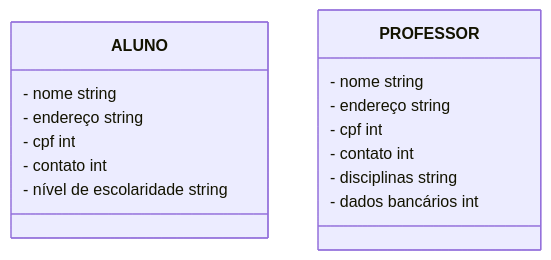
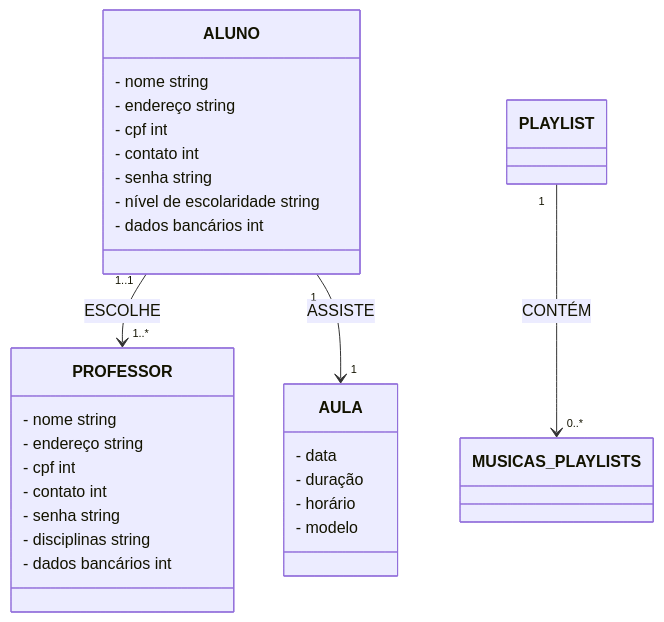
The diagram in README.md (iagorosa28/eng_software), drawn with Mermaid before and after one commit.

````diff
--- a/README.md
+++ b/README.md
@@ -312,19 +312,32 @@
 ```mermaid
 classDiagram
+
+  ALUNO "1..1" --> "1..*" PROFESSOR : ESCOLHE
+  ALUNO "1" --> "1" AULA : ASSISTE
+  PLAYLIST "1" --> "0..*" MUSICAS_PLAYLISTS : CONTÉM
 
   class ALUNO
   ALUNO : - nome string
   ALUNO : - endereço string
   ALUNO : - cpf int
   ALUNO : - contato int
+  ALUNO : - senha string
   ALUNO : - nível de escolaridade string
+  ALUNO : - dados bancários int
 
   class PROFESSOR
   PROFESSOR : - nome string
   PROFESSOR : - endereço string
   PROFESSOR : - cpf int
   PROFESSOR : - contato int
+  PROFESSOR : - senha string
   PROFESSOR : - disciplinas string
   PROFESSOR : - dados bancários int
 
+  class AULA
+  AULA : - data
+  AULA : - duração
+  AULA : - horário
+  AULA : - modelo
+
 ```
````
